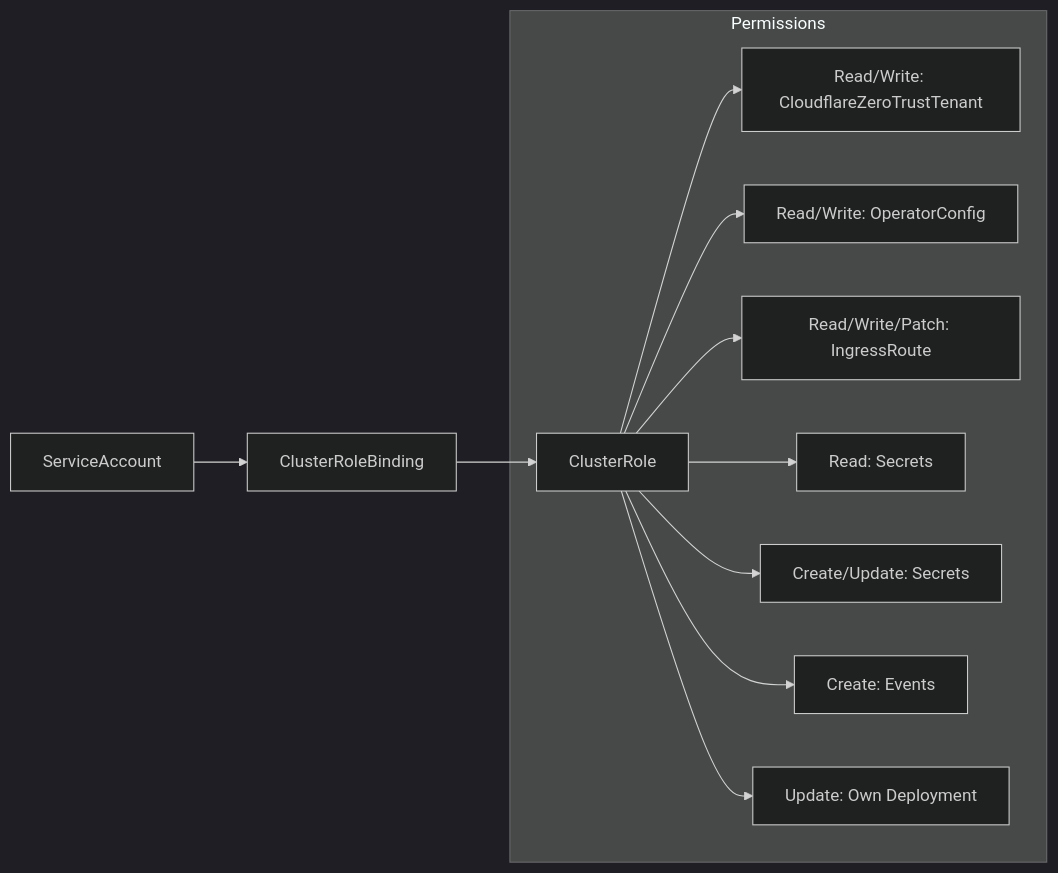
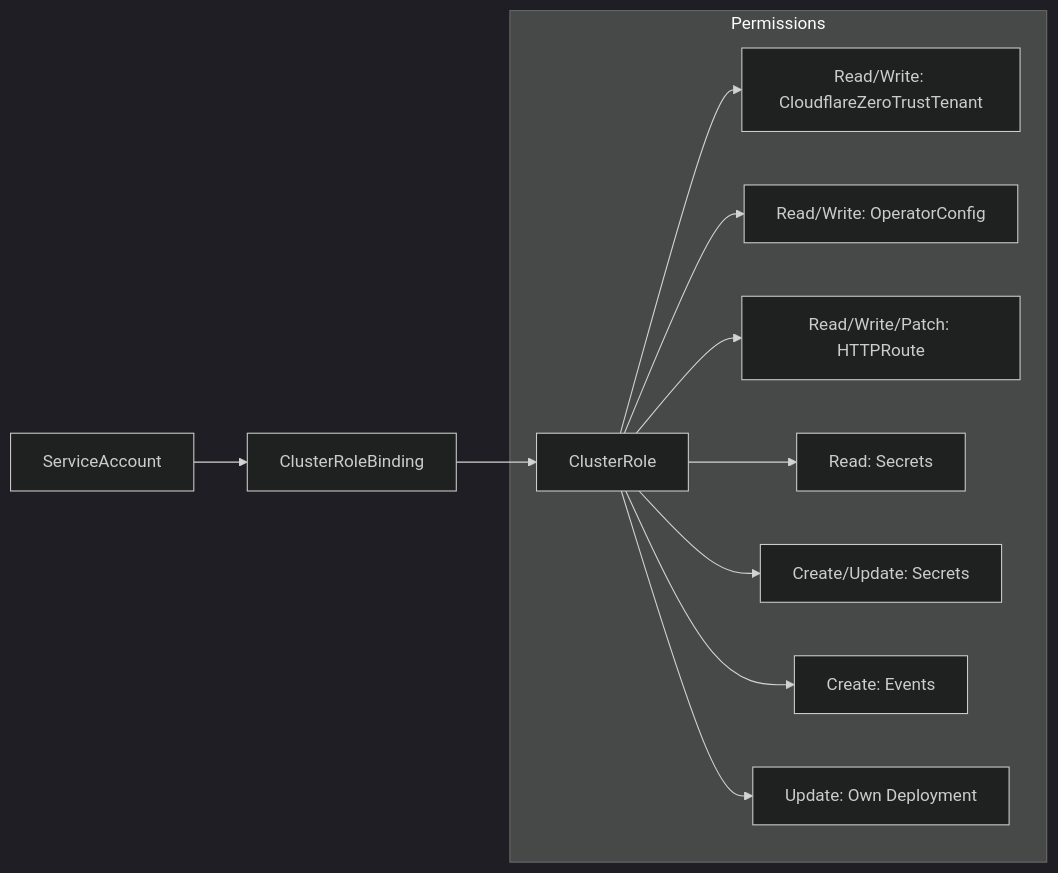
One commit to wheetazlab/cloudflare-zero-trust-operator changed the fourth of 16 diagrams in docs/architecture.md. Above: the diagram before and after it, drawn with Mermaid (dark theme). The commit also changed other lines of this file and 24 other files, not shown here.

````diff
--- a/docs/architecture.md
+++ b/docs/architecture.md
@@ -257,15 +257,15 @@
 ```mermaid
 graph LR
     SA[ServiceAccount] --> CRB[ClusterRoleBinding]
     CRB --> CR[ClusterRole]
     
     subgraph "Permissions"
         CR --> P1[Read/Write: CloudflareZeroTrustTenant]
         CR --> P1B[Read/Write: OperatorConfig]
-        CR --> P2[Read/Write/Patch: IngressRoute]
+        CR --> P2[Read/Write/Patch: HTTPRoute]
         CR --> P3[Read: Secrets]
         CR --> P4[Create/Update: Secrets]
         CR --> P5[Create: Events]
         CR --> P6[Update: Own Deployment]
     end
 ```
````
